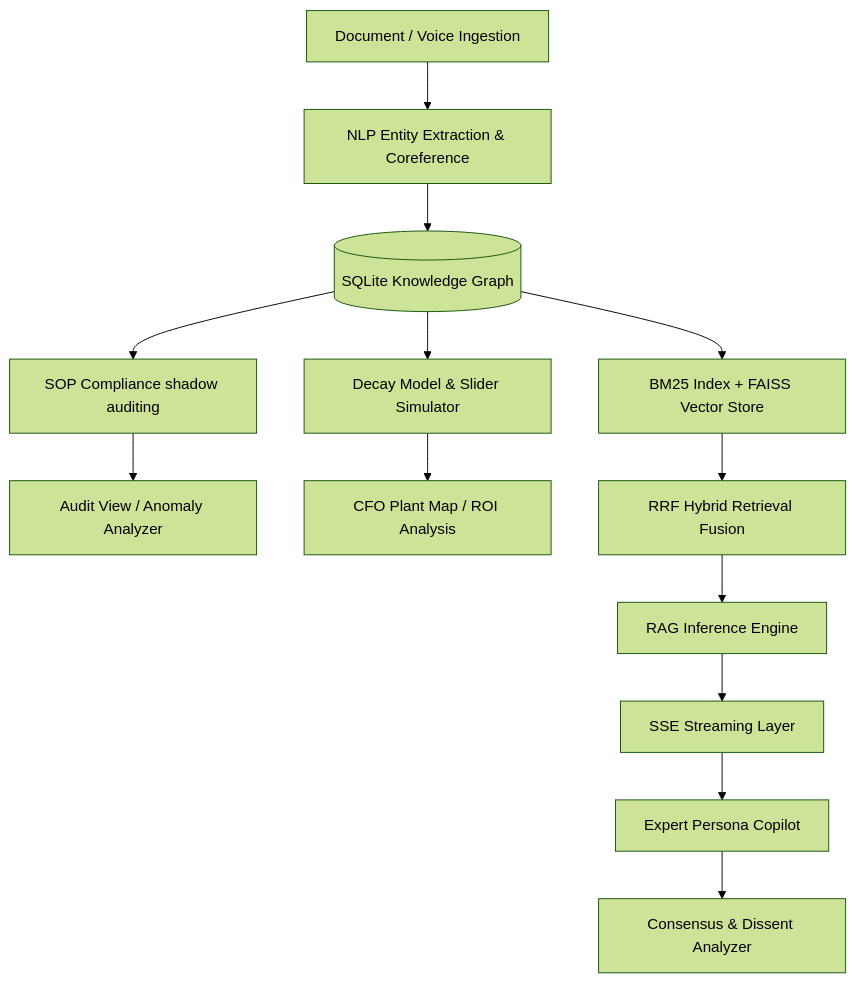
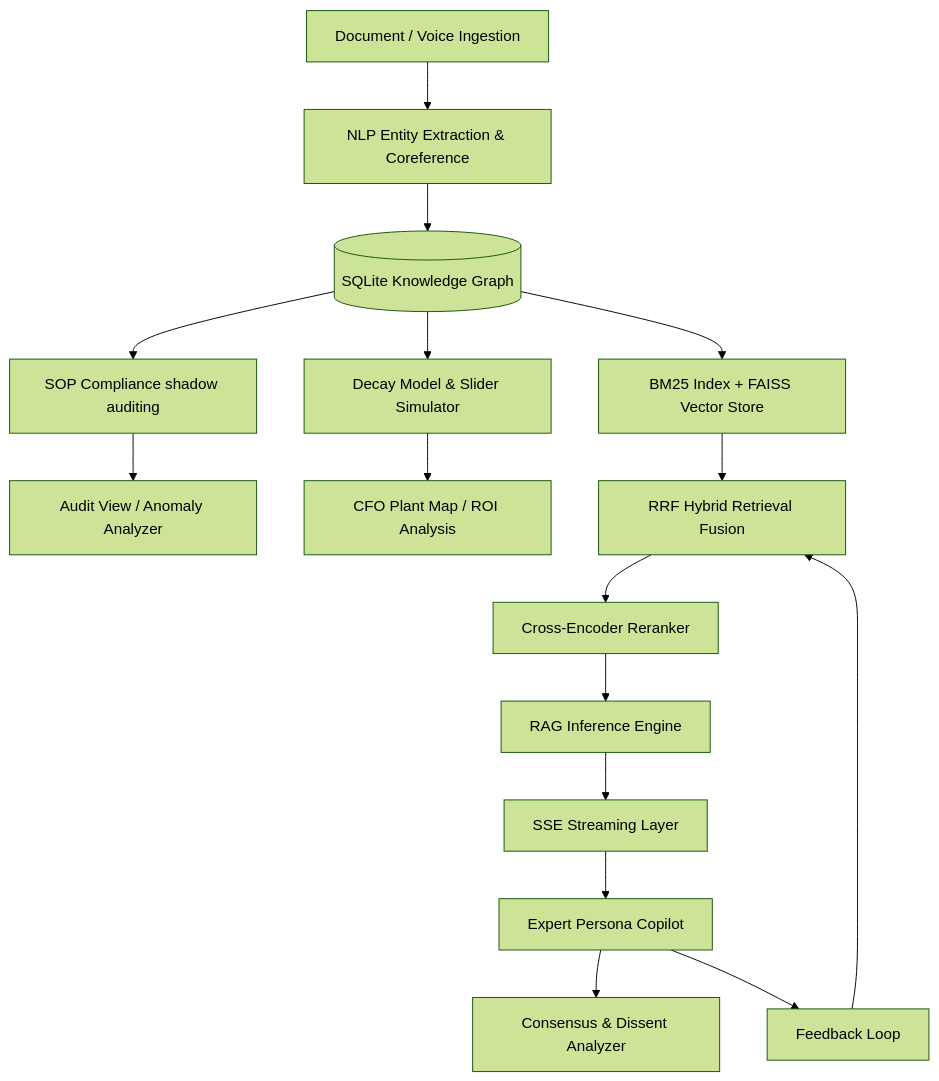
The diagram in README.md (kishansaaai/DeadMind), drawn with Mermaid (forest theme) before and after one commit. The commit also changed other lines of this file and 12 other files, not shown here.

Commit message:
Implement feedback loop, caching layer, cross-encoder reranking, and finalize evals/README

````diff
--- a/README.md
+++ b/README.md
@@ -52,20 +52,22 @@
 ```mermaid
 graph TD
     A[Document / Voice Ingestion] --> B[NLP Entity Extraction & Coreference]
     B --> C[(SQLite Knowledge Graph)]
     
     C --> H[SOP Compliance shadow auditing]
     H --> I[Audit View / Anomaly Analyzer]
 
     C --> F[Decay Model & Slider Simulator]
     F --> G[CFO Plant Map / ROI Analysis]
 
     C --> J[BM25 Index + FAISS Vector Store]
     J --> K[RRF Hybrid Retrieval Fusion]
-    
-    K --> D[RAG Inference Engine]
+    K --> O[Cross-Encoder Reranker]
+    O --> D[RAG Inference Engine]
     D --> L[SSE Streaming Layer]
     L --> E[Expert Persona Copilot]
 
     E --> M[Consensus & Dissent Analyzer]
+    E --> N[Feedback Loop]
+    N --> K
 ```
````
